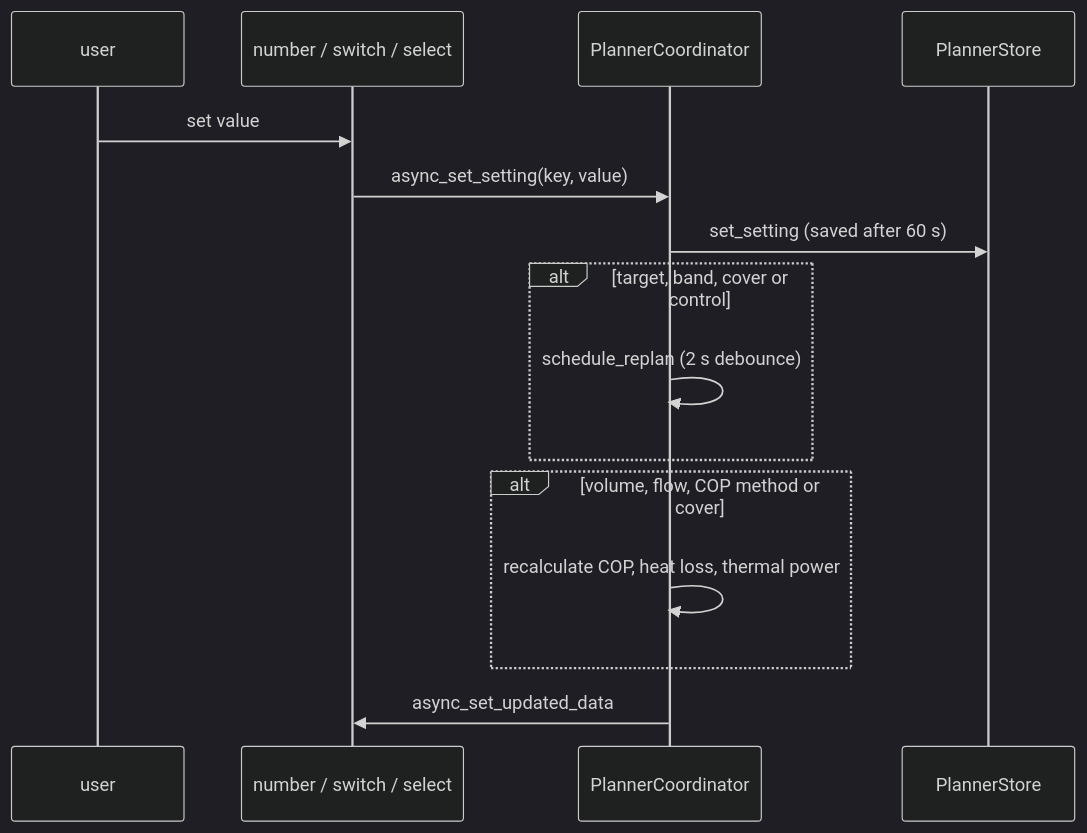
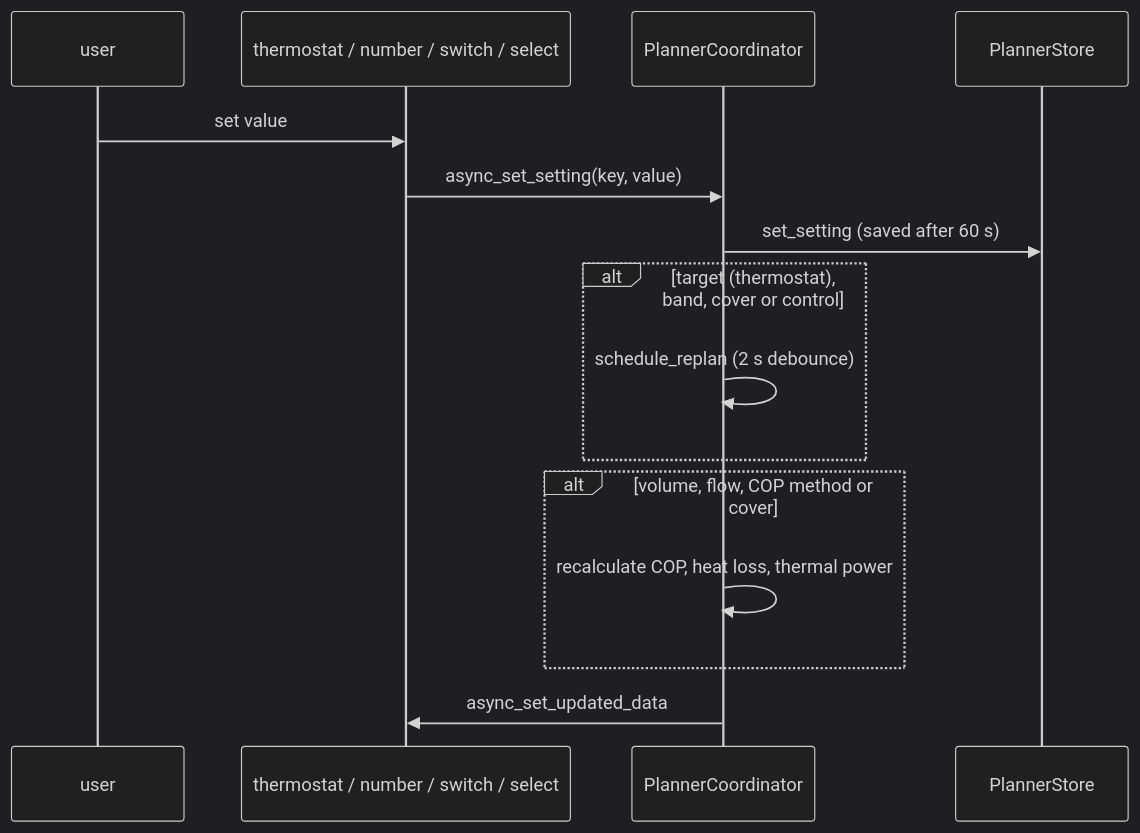
One commit to abroeders/pond-heatpump-price-planner changed diagram 19 of 19 in docs/architecture.md. Above: the diagram before and after it, drawn with Mermaid (dark theme). The commit also changed other lines of this file and 6 other files, not shown here.

Commit message:
docs: thermostat in the entity reference, guide, dashboard examples and UML (#12)

````diff
--- a/docs/architecture.md
+++ b/docs/architecture.md
@@ -757,17 +765,17 @@
 ```mermaid
 sequenceDiagram
     participant U as user
-    participant N as number / switch / select
+    participant N as thermostat / number / switch / select
     participant Co as PlannerCoordinator
     participant St as PlannerStore
     U->>N: set value
     N->>Co: async_set_setting(key, value)
     Co->>St: set_setting (saved after 60 s)
-    alt target, band, cover or control
+    alt target (thermostat), band, cover or control
         Co->>Co: schedule_replan (2 s debounce)
     end
     alt volume, flow, COP method or cover
         Co->>Co: recalculate COP, heat loss, thermal power
     end
     Co->>N: async_set_updated_data
 ```
````
